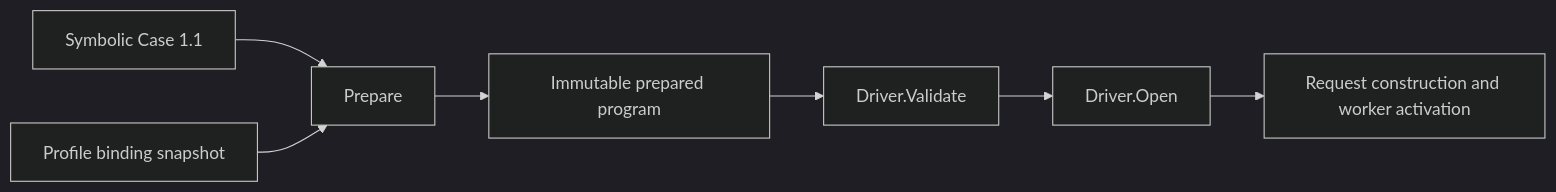
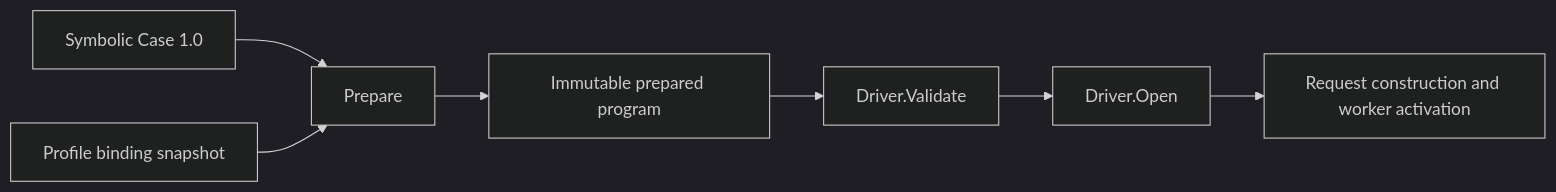
Before and after one commit to stephanos/temporal: the diagram in .flow/specs/fn-73-explicit-environment-binding-for.md, drawn with Mermaid (dark theme). The commit also changed other lines of this file and 37 other files, not shown here.

````diff
--- a/.flow/specs/fn-73-explicit-environment-binding-for.md
+++ b/.flow/specs/fn-73-explicit-environment-binding-for.md
@@ -14,9 +14,9 @@
 ```mermaid
 flowchart LR
-    Case[Symbolic Case 1.1] --> Prepare
+    Case[Symbolic Case 1.0] --> Prepare
     Profile[Profile binding snapshot] --> Prepare
     Prepare --> Prepared[Immutable prepared program]
     Prepared --> Validate[Driver.Validate]
     Validate --> Open[Driver.Open]
     Open --> Run[Request construction and worker activation]
 ```
````
